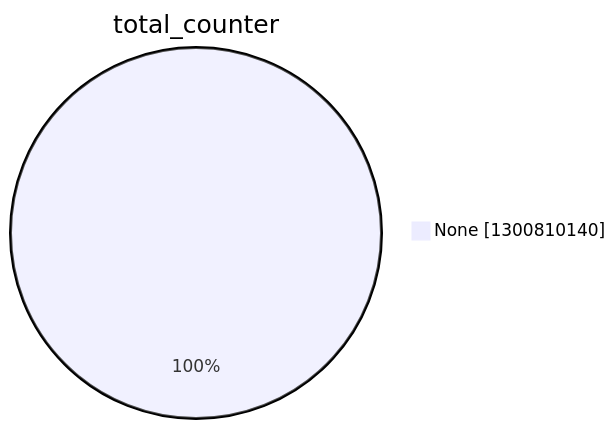
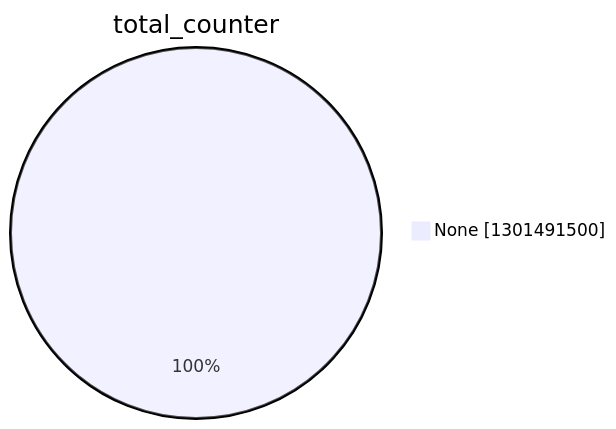
The second of 15 diagrams in argon2022/README.md (christiankrug/ctmonitor_visualization), drawn with Mermaid before and after one commit. The commit also changed other lines of this file, not shown here.

````diff
--- a/argon2022/README.md
+++ b/argon2022/README.md
@@ -9,5 +9,5 @@
 ```mermaid
 pie showData
 title total_counter
-"None" :1300810140
+"None" :1301491500
 ```
````
